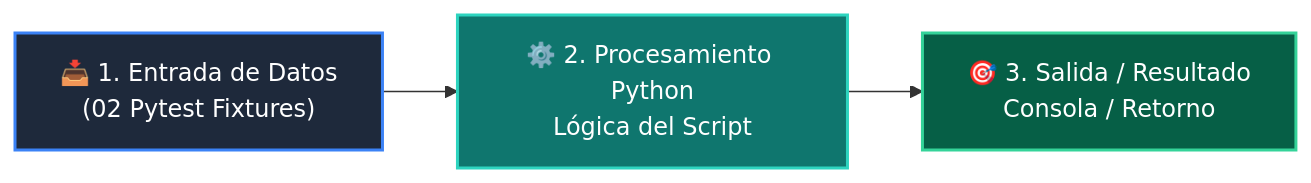
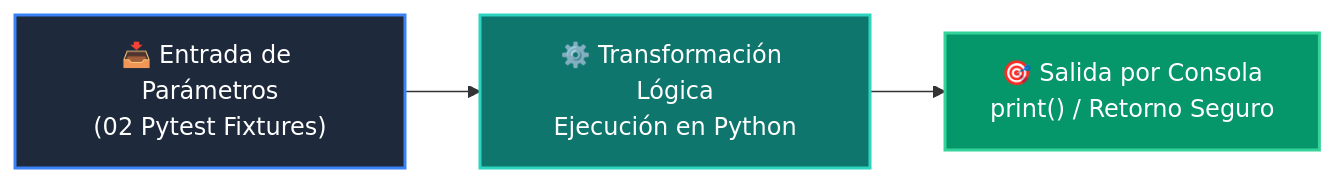
Before and after one commit to wisrovi/wisrovi-python: the diagram in 04-proyecto-final/clase-06-testing-y-calidad/ejemplos/ejemplo_02_pytest_fixtures/README.md, drawn with Mermaid. The commit also changed other lines of this file and 226 other files, not shown here.

Commit message:
docs: elevate all repository READMEs to world-class mastery standard with rich pedagogical architecture, custom Mermaids, and professional styling

````diff
--- a/04-proyecto-final/clase-06-testing-y-calidad/ejemplos/ejemplo_02_pytest_fixtures/README.md
+++ b/04-proyecto-final/clase-06-testing-y-calidad/ejemplos/ejemplo_02_pytest_fixtures/README.md
@@ -12,9 +19,9 @@
 ```mermaid
 flowchart LR
-    A["📥 1. Entrada de Datos<br/>(02 Pytest Fixtures)"] --> B["⚙️ 2. Procesamiento Python<br/>Lógica del Script"]
-    B --> C["🎯 3. Salida / Resultado<br/>Consola / Retorno"]
+    A["📥 Entrada de Parámetros<br/>(02 Pytest Fixtures)"] --> B["⚙️ Transformación Lógica<br/>Ejecución en Python"]
+    B --> C["🎯 Salida por Consola<br/>print() / Retorno Seguro"]
 
-    style A fill:#1e293b,color:#fff,stroke:#3b82f6,stroke-width:2px
-    style B fill:#0f766e,color:#fff,stroke:#2dd4bf,stroke-width:2px
-    style C fill:#065f46,color:#fff,stroke:#34d399,stroke-width:2px
+    style A fill:#1e293b,color:#ffffff,stroke:#3b82f6,stroke-width:2px
+    style B fill:#0f766e,color:#ffffff,stroke:#2dd4bf,stroke-width:2px
+    style C fill:#059669,color:#ffffff,stroke:#34d399,stroke-width:2px
 ```
````
